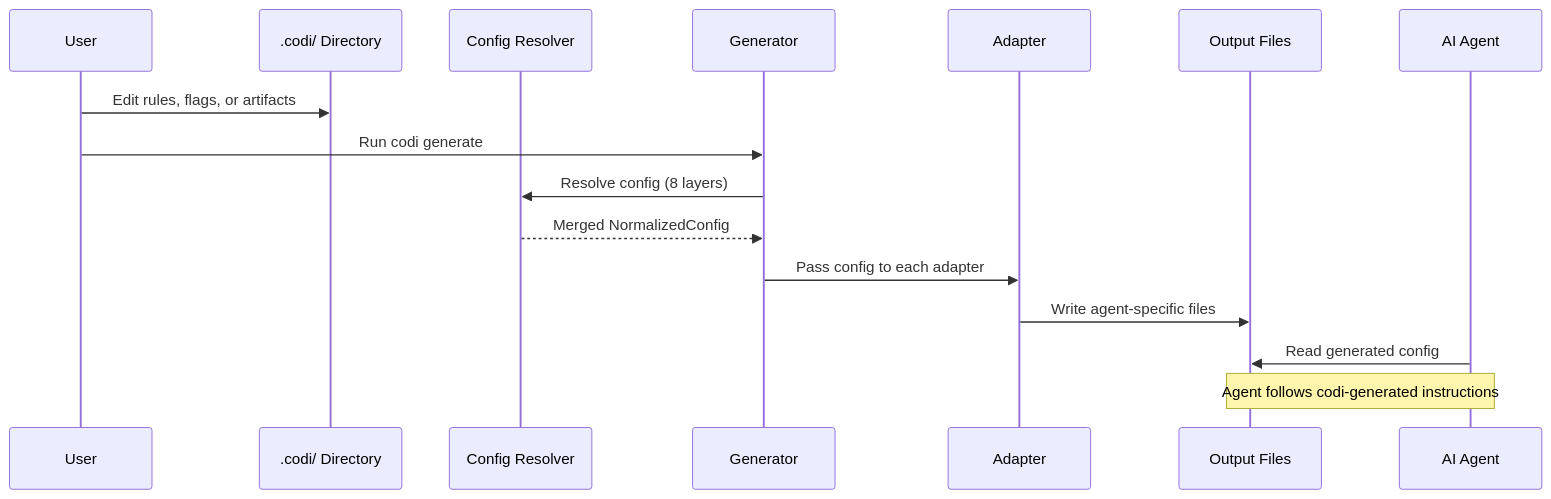
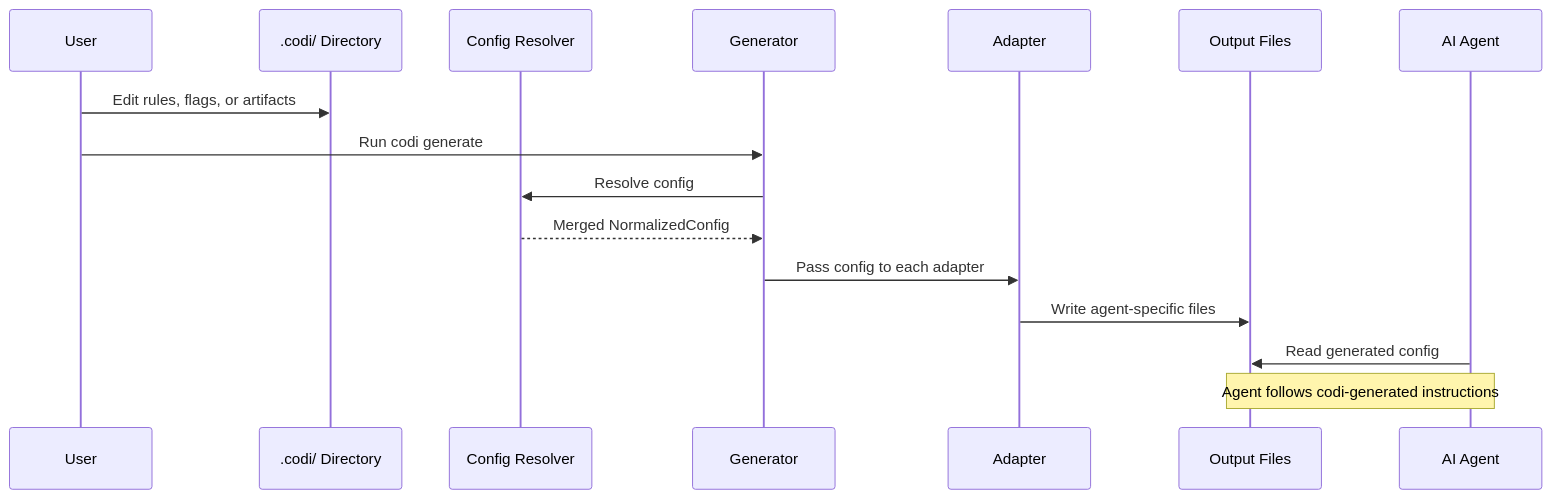
One commit to lehidalgo/codi changed the fourth of 4 diagrams in docs/architecture.md. Above: the diagram before and after it, drawn with Mermaid. The commit also changed other lines of this file and 21 other files, not shown here.

````diff
--- a/docs/architecture.md
+++ b/docs/architecture.md
@@ -218,19 +218,19 @@
 ```mermaid
 sequenceDiagram
     participant U as User
     participant C as .codi/ Directory
     participant R as Config Resolver
     participant G as Generator
     participant A as Adapter
     participant O as Output Files
     participant AI as AI Agent
 
     U->>C: Edit rules, flags, or artifacts
     U->>G: Run codi generate
-    G->>R: Resolve config (8 layers)
+    G->>R: Resolve config
     R-->>G: Merged NormalizedConfig
     G->>A: Pass config to each adapter
     A->>O: Write agent-specific files
     AI->>O: Read generated config
     Note over AI,O: Agent follows codi-generated instructions
 ```
````
